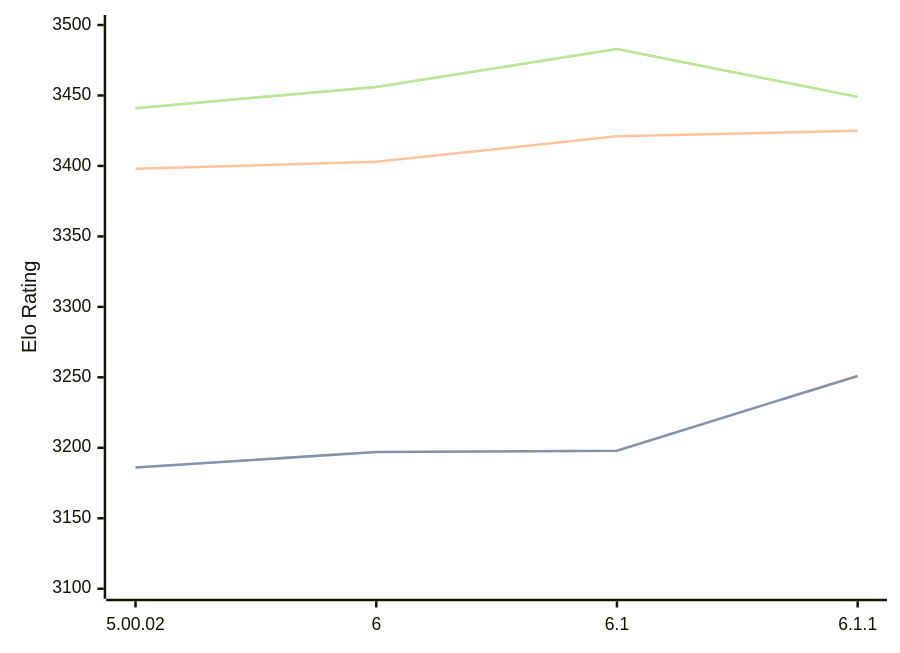
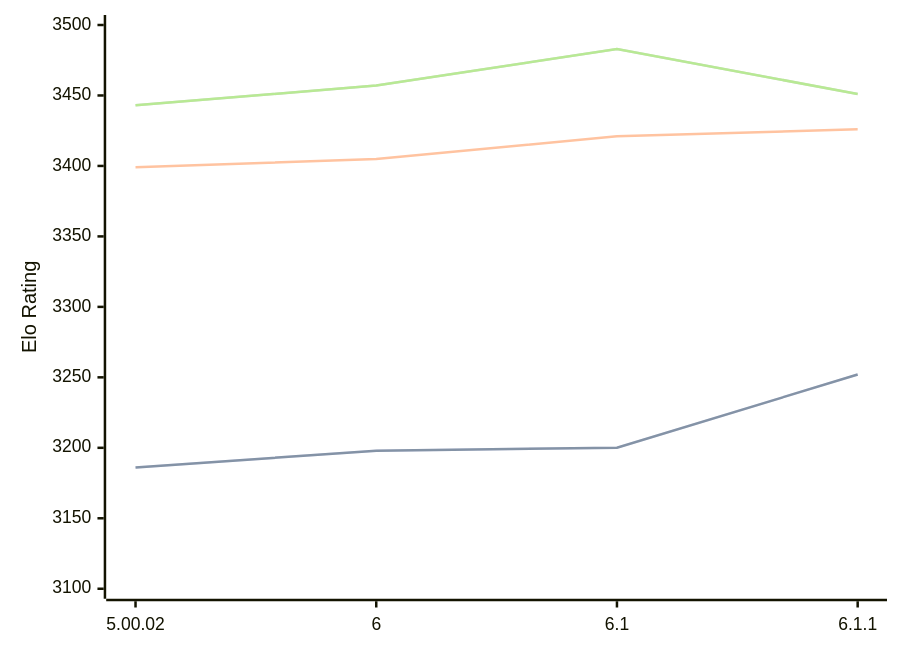
The diagram in engines/Zangdar.md (computer-chess-index/cci), drawn with Mermaid before and after one commit. The commit also changed other lines of this file, not shown here.

Commit message:
Update CCI Ratings (ELO VLTC) - 2026-05-17

````diff
--- a/engines/Zangdar.md
+++ b/engines/Zangdar.md
@@ -46,11 +46,11 @@
 ```mermaid
 %%{init: {"theme":"base","themeVariables":{"seriesColors:['#a3a3a3','#222221','#faa371']}}}%%
 xychart-beta
   x-axis ["5.00.02", "6", "6.1", "6.1.1"]
   y-axis "Elo Rating" 3100 --> 3500
-  line "STC (8.0+0.08s)" [3186, 3197, 3198, 3251]
-  line "STC (8.0+0.08s)" [3186, 3197, 3198, 3251]
-  line "LTC (60.0+0.60s)" [3398, 3403, 3421, 3425]
-  line "VLTC (2m24s+1.12s)" [3441, 3456, 3483, 3449]
-  line "VLTC (2m24s+1.12s)" [3441, 3456, 3483, 3449]
+  line "STC (8.0+0.08s)" [3186, 3198, 3200, 3252]
+  line "STC (8.0+0.08s)" [3186, 3198, 3200, 3252]
+  line "LTC (60.0+0.60s)" [3399, 3405, 3421, 3426]
+  line "VLTC (2m24s+1.12s)" [3443, 3457, 3483, 3451]
+  line "VLTC (2m24s+1.12s)" [3443, 3457, 3483, 3451]
 ```
````
